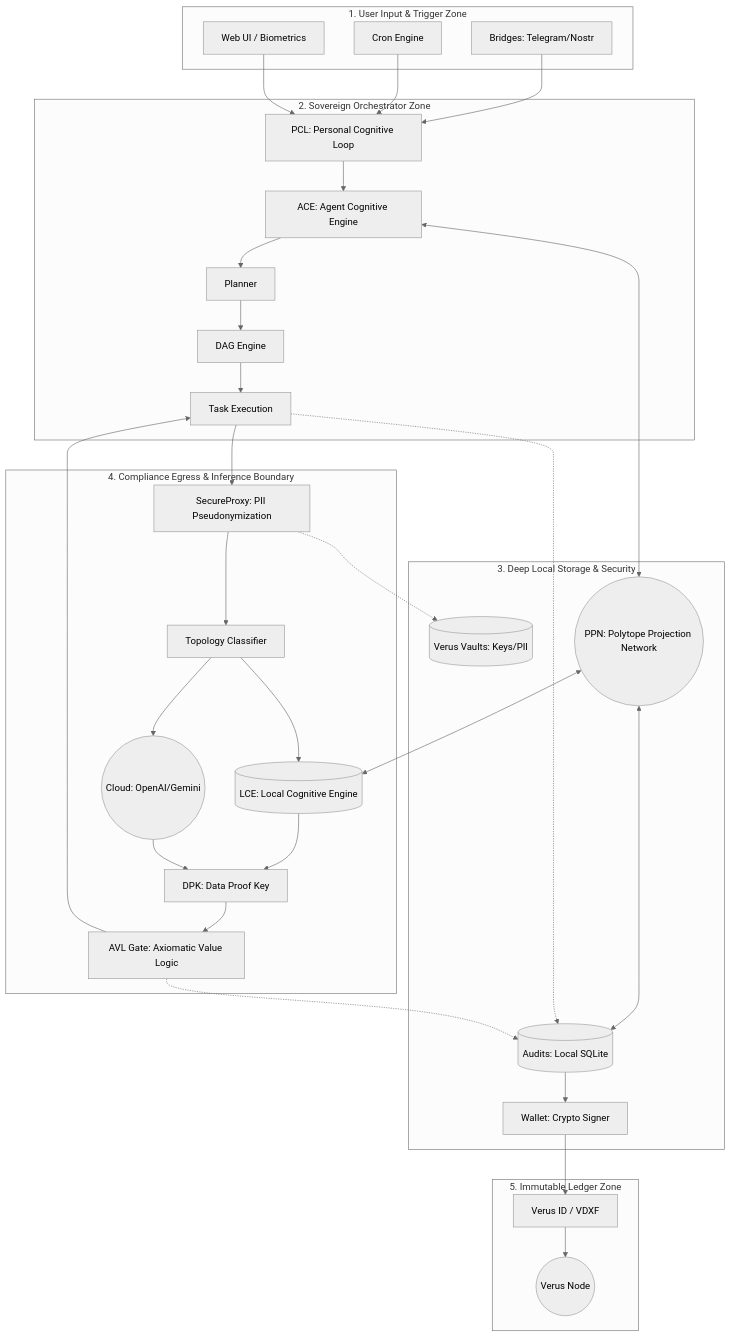
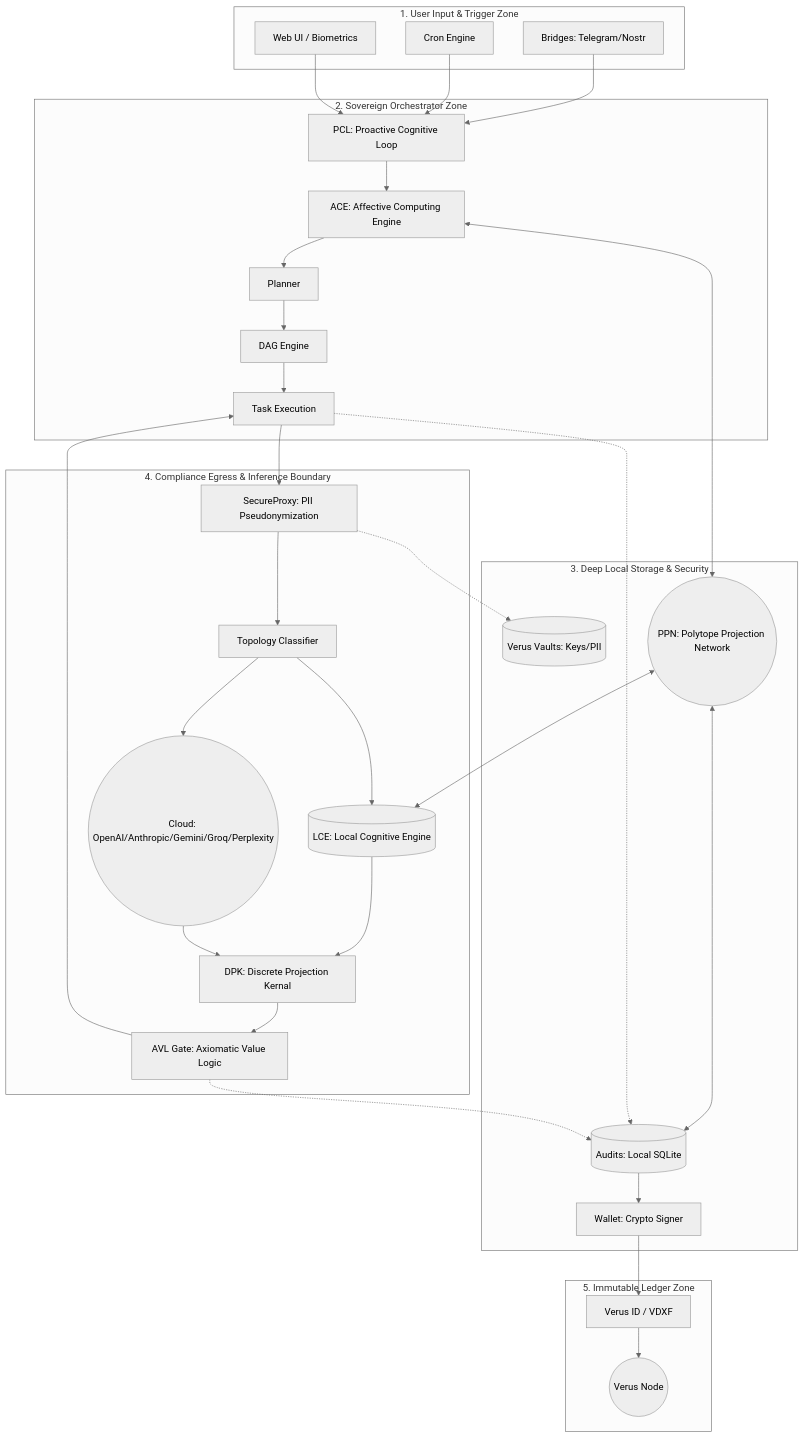
The diagram in README.md (Alluci-Ai/alluci-sovereign-agent), drawn with Mermaid (neutral theme) before and after one commit.

Commit message:
Update terminology in README for cognitive components

````diff
--- a/README.md
+++ b/README.md
@@ -32,75 +32,75 @@
 ```mermaid
 flowchart TD
     %% ZONE 1: USER INPUT & TRIGGERS
     subgraph Zone1 [1. User Input & Trigger Zone]
         Bridges[Bridges: Telegram/Nostr]
         Crons[Cron Engine]
         UI[Web UI / Biometrics]
     end
 
     %% ZONE 2: SOVEREIGN ORCHESTRATOR
     subgraph Zone2 [2. Sovereign Orchestrator Zone]
-        PCL[PCL: Personal Cognitive Loop]
-        ACE[ACE: Agent Cognitive Engine]
+        PCL[PCL: Proactive Cognitive Loop]
+        ACE[ACE: Affective Computing Engine]
         Planner[Planner]
         DAG[DAG Engine]
         Tasks[Task Execution]
     end
 
     %% ZONE 3: SECURITY & MEMORY
     subgraph Zone3 [3. Deep Local Storage & Security]
         Vaults[(Verus Vaults: Keys/PII)]
         Wallet[Wallet: Crypto Signer]
         Audits[(Audits: Local SQLite)]
         PPN((PPN: Polytope Projection Network))
     end
 
     %% ZONE 4: COMPLIANCE EGRESS BOUNDARY
     subgraph Zone4 [4. Compliance Egress & Inference Boundary]
         SecureProxy[SecureProxy: PII Pseudonymization]
         Topology[Topology Classifier]
         LCE[(LCE: Local Cognitive Engine)]
-        Cloud((Cloud: OpenAI/Gemini))
-        DPK[DPK: Data Proof Key]
+        Cloud((Cloud: OpenAI/Anthropic/Gemini/Groq/Perplexity))
+        DPK[DPK: Discrete Projection Kernal]
         AVL[AVL Gate: Axiomatic Value Logic]
     end
 
     %% ZONE 5: IMMUTABLE LEDGER
     subgraph Zone5 [5. Immutable Ledger Zone]
         VDXF[Verus ID / VDXF]
         VerusNode((Verus Node))
     end
 
     %% DATA FLOW
     Bridges --> PCL
     Crons --> PCL
     UI --> PCL
     
     PCL --> ACE
     ACE --> Planner
     Planner --> DAG
     DAG --> Tasks
     
     Tasks --> SecureProxy
     SecureProxy --> Topology
     Topology --> LCE
     Topology --> Cloud
     
     LCE --> DPK
     Cloud --> DPK
     DPK --> AVL
     AVL --> Tasks
     
     %% PPN Integration
     PPN <--> LCE
     PPN <--> Audits
     ACE <--> PPN
     
     SecureProxy -.-> Vaults
     Tasks -.-> Audits
     AVL -.-> Audits
     
     Audits --> Wallet
     Wallet --> VDXF
     VDXF --> VerusNode
 ```
````
